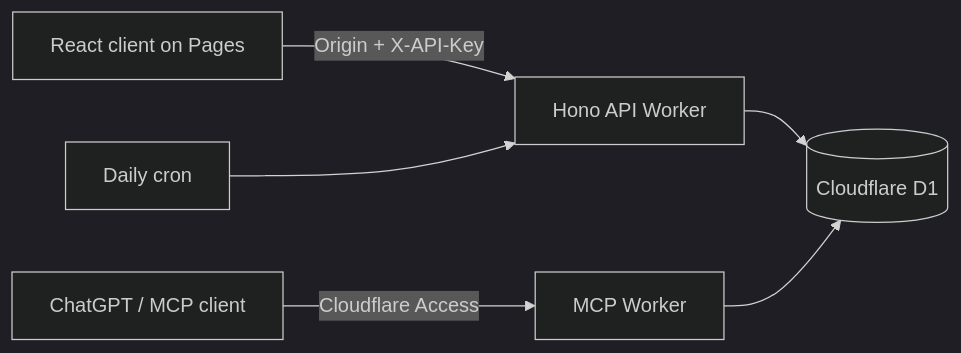
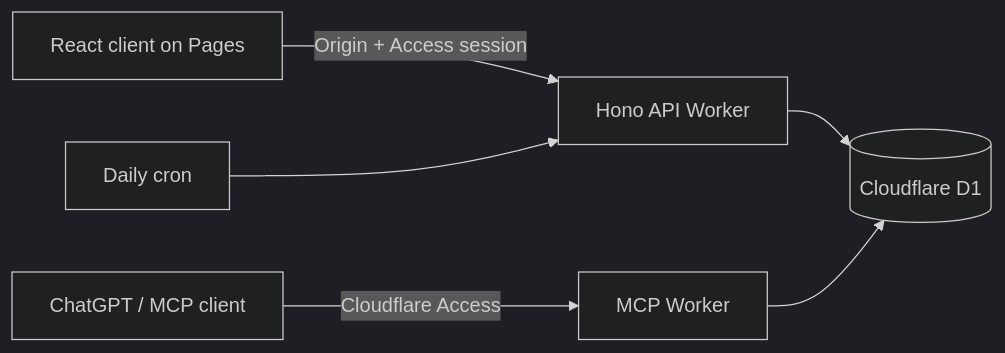
The diagram in README.md (apptrackit/finance), drawn with Mermaid (dark theme) before and after one commit. The commit also changed other lines of this file and 28 other files, not shown here.

````diff
--- a/README.md
+++ b/README.md
@@ -87,8 +87,8 @@
 ```mermaid
 flowchart LR
-    Browser[React client on Pages] -->|Origin + X-API-Key| API[Hono API Worker]
+    Browser[React client on Pages] -->|Origin + Access session| API[Hono API Worker]
     API --> DB[(Cloudflare D1)]
     Cron[Daily cron] --> API
     AI[ChatGPT / MCP client] -->|Cloudflare Access| MCP[MCP Worker]
     MCP --> DB
 ```
````
